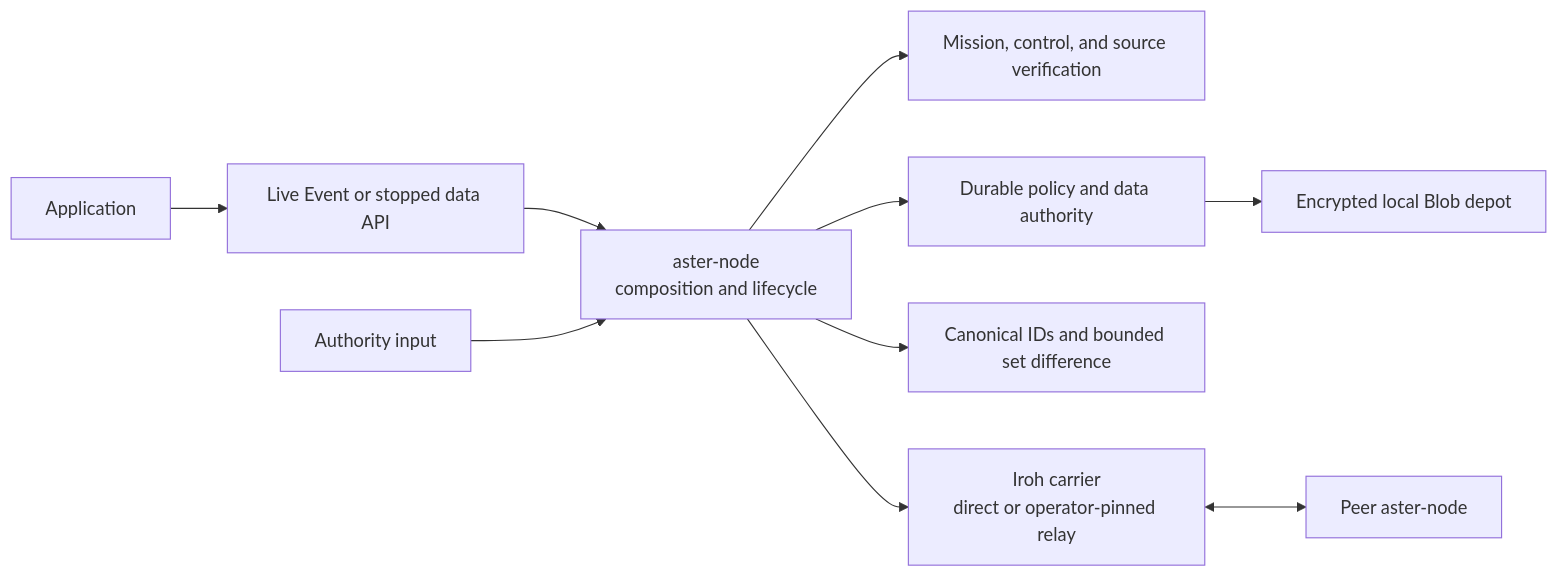
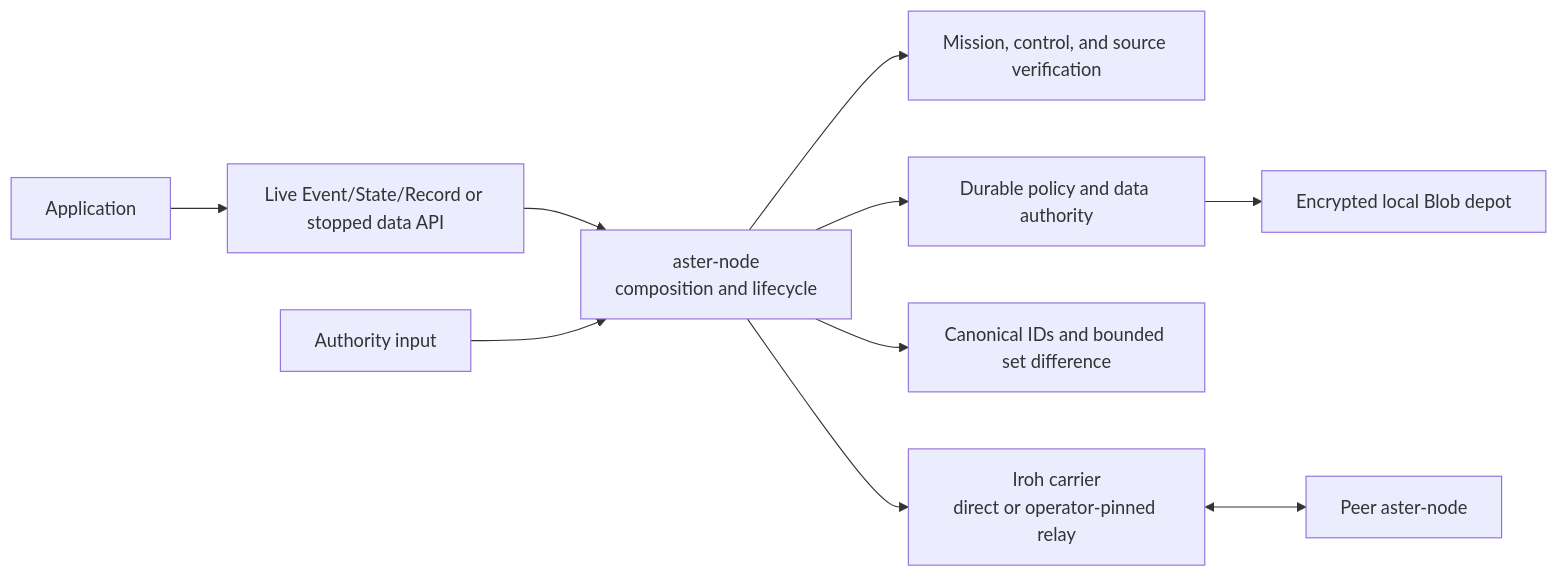
One commit to asirak-astertech/aster changed the first of 2 diagrams in docs/transports.md. Above: the diagram before and after it, drawn with Mermaid. The commit also changed other lines of this file and 29 other files, not shown here.

First line of the commit message:
Add live selected State and Record application handles (#43)

````diff
--- a/docs/transports.md
+++ b/docs/transports.md
@@ -24,12 +24,12 @@
 ```mermaid
 flowchart LR
-    App["Application"] --> API["Live Event or stopped data API"]
+    App["Application"] --> API["Live Event/State/Record or stopped data API"]
     API --> Node["aster-node<br/>composition and lifecycle"]
     Authority["Authority input"] --> Node
     Node --> Security["Mission, control, and source verification"]
     Node --> Store["Durable policy and data authority"]
     Store --> Depot["Encrypted local Blob depot"]
     Node --> Reconcile["Canonical IDs and bounded set difference"]
     Node --> Carrier["Iroh carrier<br/>direct or operator-pinned relay"]
     Carrier <--> Peer["Peer aster-node"]
 ```
````
